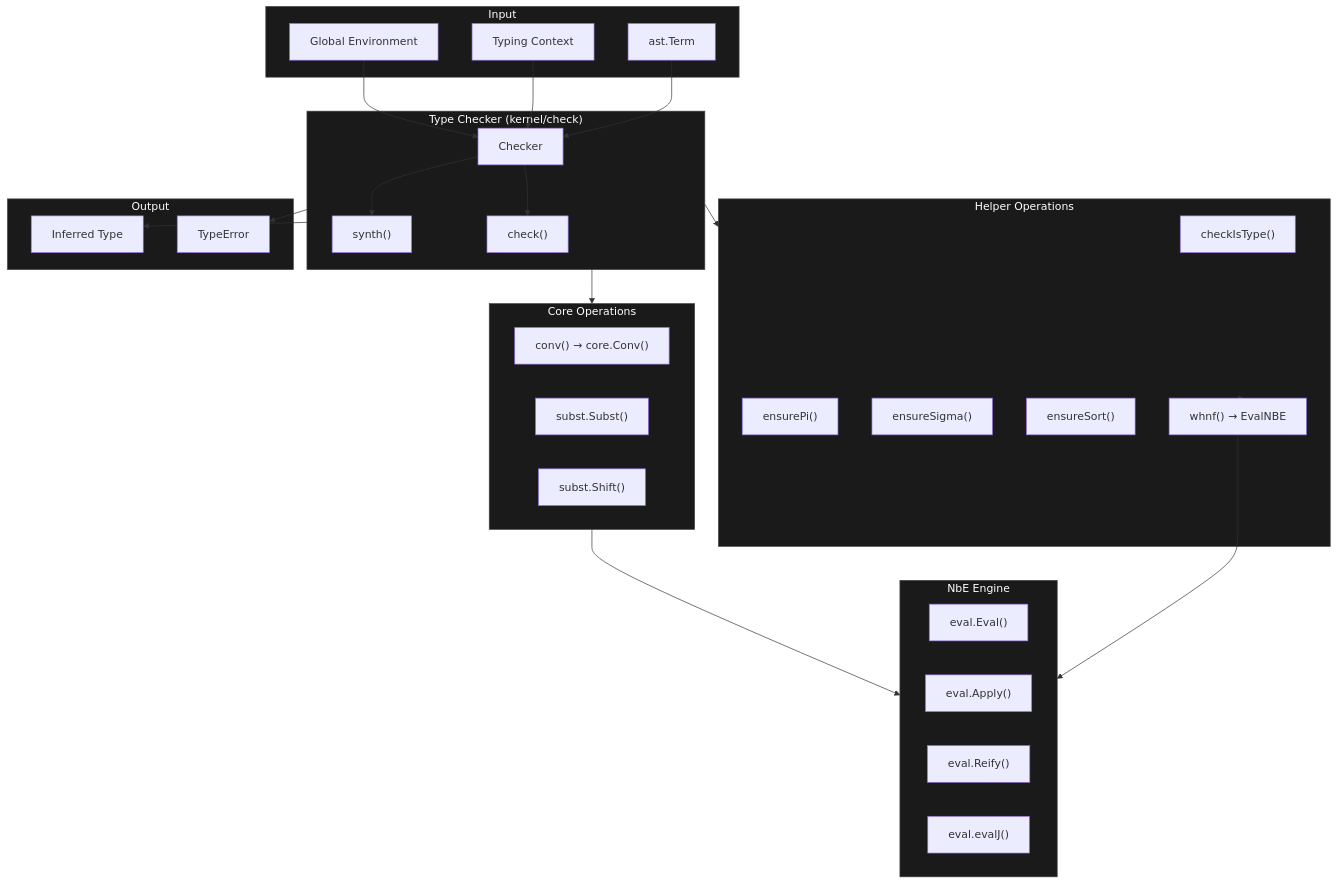
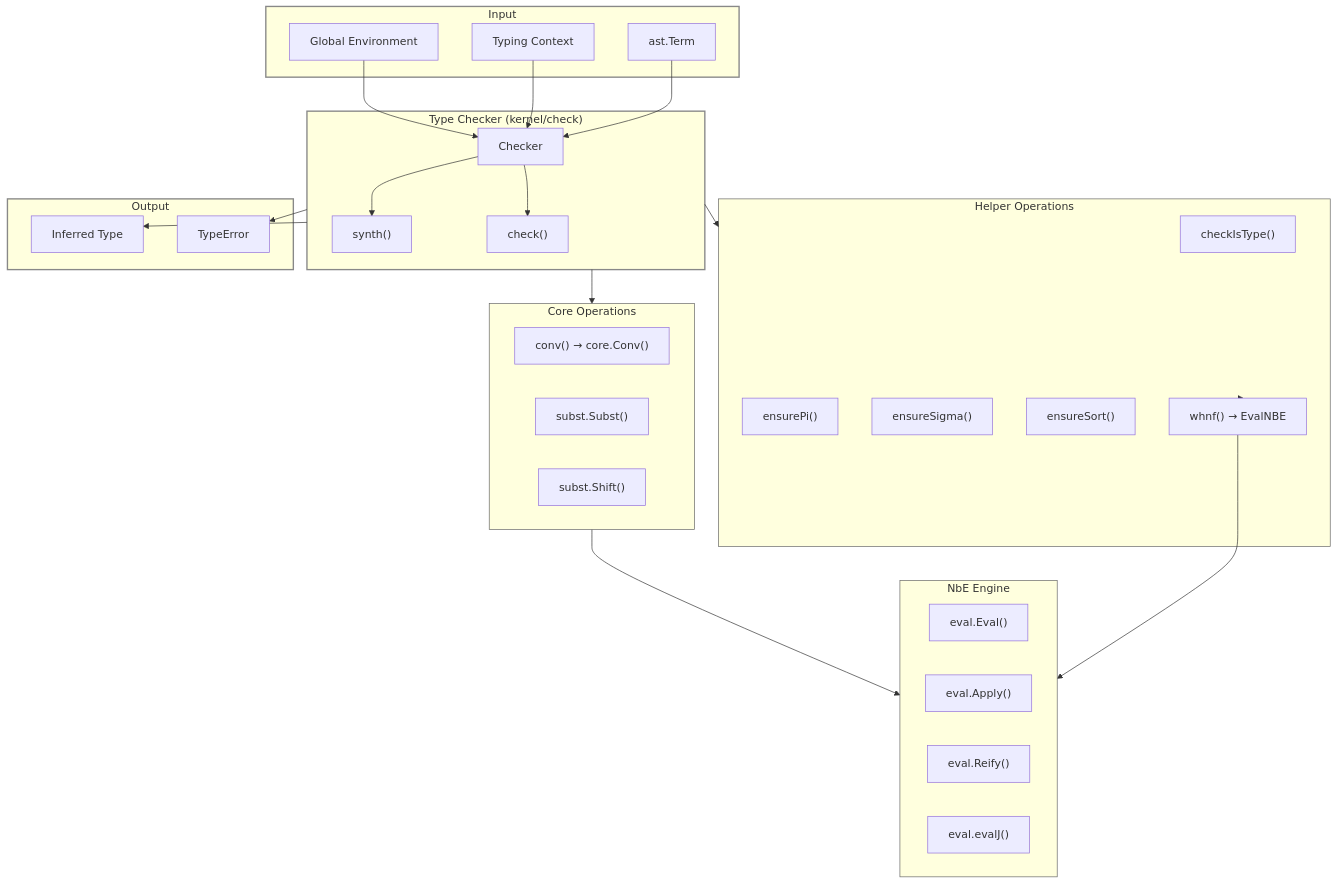
Before and after one commit to watchthelight/HypergraphGo: diagram 25 of 26 in DIAGRAMS.md, drawn with Mermaid. The commit also changed other lines of this file and 1 other file, not shown here.

Commit message:
Diagram updates

````diff
--- a/DIAGRAMS.md
+++ b/DIAGRAMS.md
@@ -1341,64 +1591,64 @@
 ```mermaid
 flowchart TB
     subgraph Input["Input"]
         Term["ast.Term"]
         Ctx["Typing Context"]
         Globals["Global Environment"]
     end
 
     subgraph TypeChecker["Type Checker (kernel/check)"]
         Checker["Checker"]
         Synth["synth()"]
         Check["check()"]
 
         Checker --> Synth
         Checker --> Check
     end
 
     subgraph Helpers["Helper Operations"]
         CheckIsType["checkIsType()"]
         EnsurePi["ensurePi()"]
         EnsureSigma["ensureSigma()"]
         EnsureSort["ensureSort()"]
         WHNF["whnf() → EvalNBE"]
     end
 
     subgraph CoreOps["Core Operations"]
         Conv["conv() → core.Conv()"]
         Subst["subst.Subst()"]
         Shift["subst.Shift()"]
     end
 
     subgraph NbE["NbE Engine"]
         Eval["eval.Eval()"]
         Apply["eval.Apply()"]
         Reify["eval.Reify()"]
         EvalJ["eval.evalJ()"]
     end
 
     subgraph Output["Output"]
         Type["Inferred Type"]
         Error["TypeError"]
     end
 
     Term --> Checker
     Ctx --> Checker
     Globals --> Checker
 
     TypeChecker --> Helpers
     TypeChecker --> CoreOps
 
     Helpers --> WHNF
     WHNF --> NbE
     CoreOps --> NbE
 
     TypeChecker --> Type
     TypeChecker --> Error
 
-    style Input fill:#1a1a1a,stroke:#444,color:#fff
-    style TypeChecker fill:#1a1a1a,stroke:#444,color:#fff
-    style NbE fill:#1a1a1a,stroke:#444,color:#fff
-    style Helpers fill:#1a1a1a,stroke:#444,color:#fff
-    style CoreOps fill:#1a1a1a,stroke:#444,color:#fff
-    style Output fill:#1a1a1a,stroke:#444,color:#fff
+    style Input stroke:#888,stroke-width:2px
+    style TypeChecker stroke:#888,stroke-width:2px
+    style NbE stroke:#666
+    style Helpers stroke:#666
+    style CoreOps stroke:#666
+    style Output stroke:#888,stroke-width:2px
 ```
````
